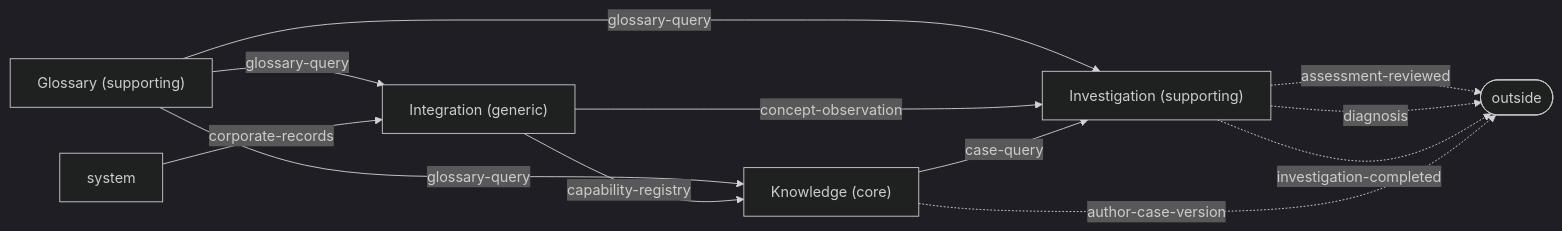
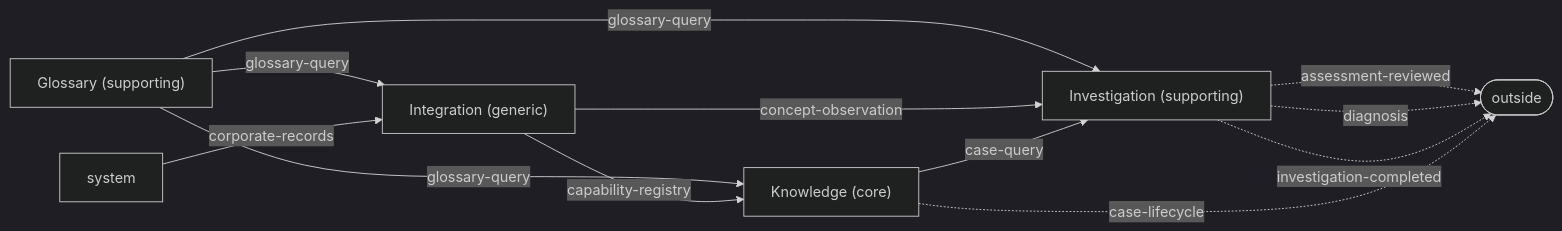
One commit to zig999/servicedesk changed the diagram in knowledge/projections/context-map.mmd. Above: the diagram before and after it, drawn with Mermaid (dark theme). The commit also changed 46 other files, not shown here.

```diff
--- a/knowledge/projections/context-map.mmd
+++ b/knowledge/projections/context-map.mmd
@@ -1,17 +1,17 @@
 flowchart LR
     glossary["Glossary (supporting)"]
     integration["Integration (generic)"]
     investigation["Investigation (supporting)"]
     knowledge["Knowledge (core)"]
     glossary -->|glossary-query| integration
     glossary -->|glossary-query| investigation
     glossary -->|glossary-query| knowledge
     integration -->|concept-observation| investigation
     integration -->|capability-registry| knowledge
     knowledge -->|case-query| investigation
     system -->|corporate-records| integration
     outside(["outside"])
     investigation -.->|assessment-reviewed| outside
     investigation -.->|diagnosis| outside
     investigation -.->|investigation-completed| outside
-    knowledge -.->|author-case-version| outside
+    knowledge -.->|case-lifecycle| outside
```
